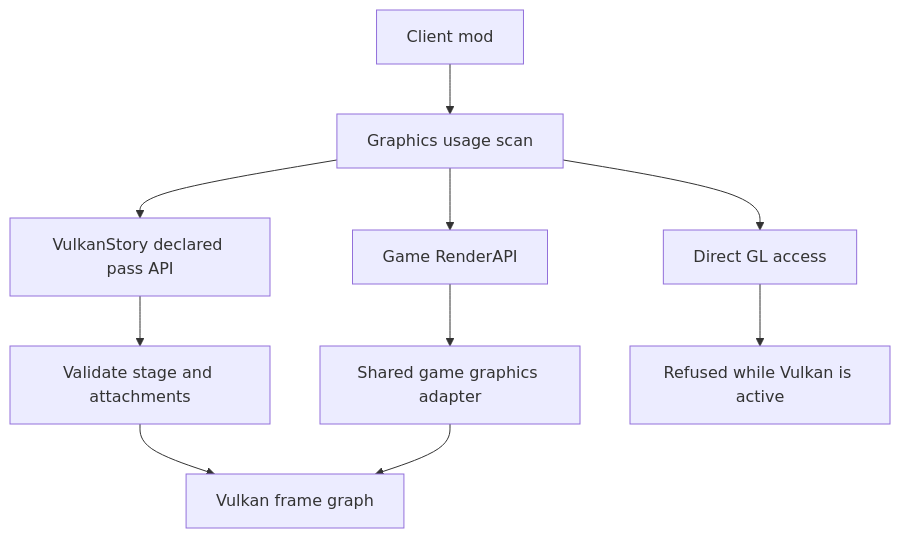
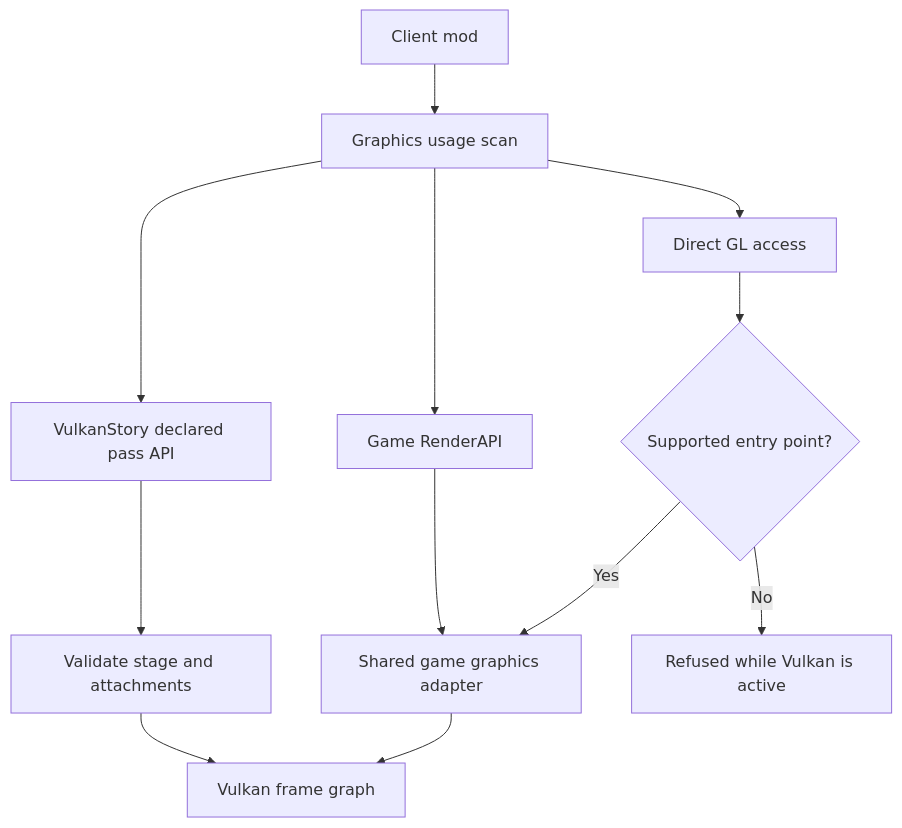
One commit to KillerPixelCrew/VulkanStory changed the diagram in docs/mod-integration.md. Above: the diagram before and after it, drawn with Mermaid. The commit also changed other lines of this file and 7 other files, not shown here.

````diff
--- a/docs/mod-integration.md
+++ b/docs/mod-integration.md
@@ -65,12 +74,14 @@
 ```mermaid
 flowchart TD
     Mod[Client mod] --> Scan[Graphics usage scan]
     Scan --> API[Game RenderAPI]
     Scan --> Declared[VulkanStory declared pass API]
     Scan --> GL[Direct GL access]
     API --> Adapter[Shared game graphics adapter]
     Declared --> Contract[Validate stage and attachments]
     Contract --> Graph[Vulkan frame graph]
     Adapter --> Graph
-    GL --> Refused[Refused while Vulkan is active]
+    GL --> Supported{Supported entry point?}
+    Supported -->|Yes| Adapter
+    Supported -->|No| Refused[Refused while Vulkan is active]
 ```
````
